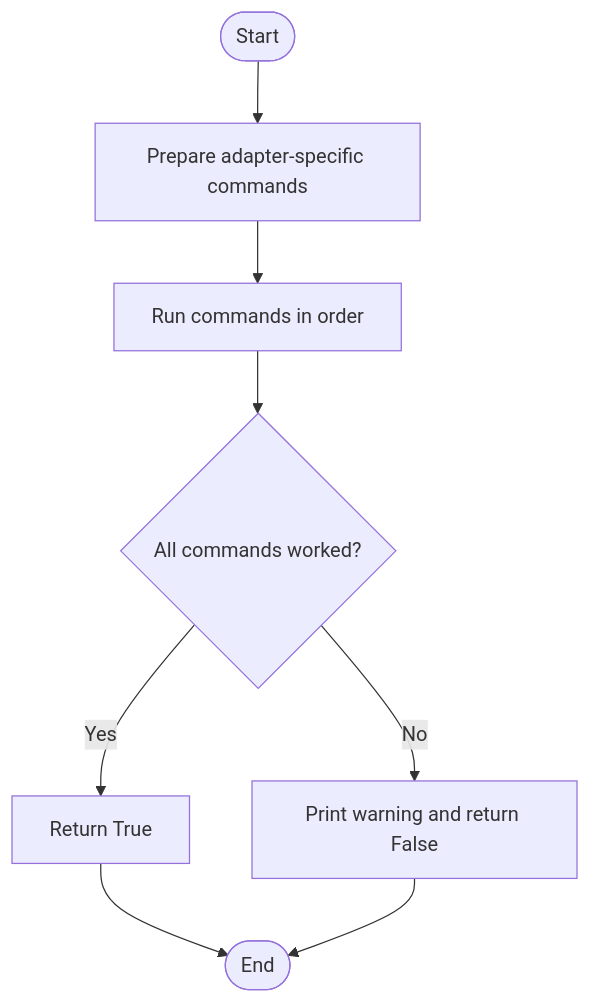
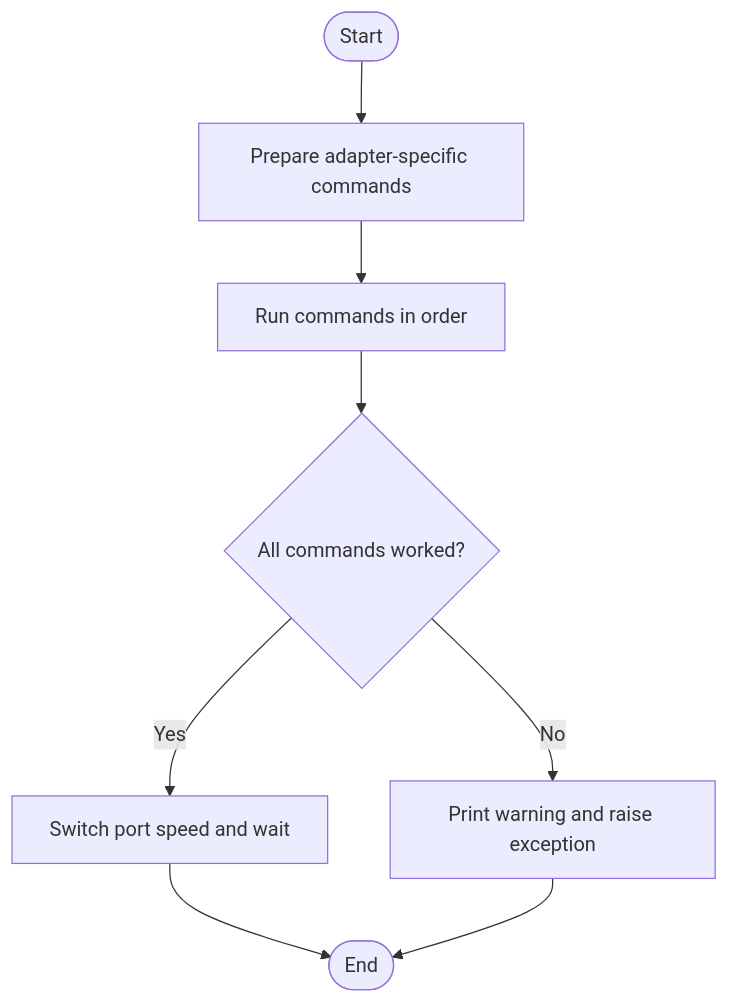
One commit to cedricp/ddt4all changed diagram 19 of 27 in documentation/ddt4all/core/elm/elm.md. Above: the diagram before and after it, drawn with Mermaid. The commit also changed other lines of this file and 17 other files, not shown here.

````diff
--- a/documentation/ddt4all/core/elm/elm.md
+++ b/documentation/ddt4all/core/elm/elm.md
@@ -339,10 +365,10 @@
 ```mermaid
 flowchart TD
     A([Start]) --> B[Prepare adapter-specific commands]
     B --> C[Run commands in order]
     C --> D{All commands worked?}
-    D -- Yes --> E[Return True]
-    D -- No --> F[Print warning and return False]
+    D -- Yes --> E[Switch port speed and wait]
+    D -- No --> F[Print warning and raise exception]
     E --> G([End])
     F --> G
 ```
````
